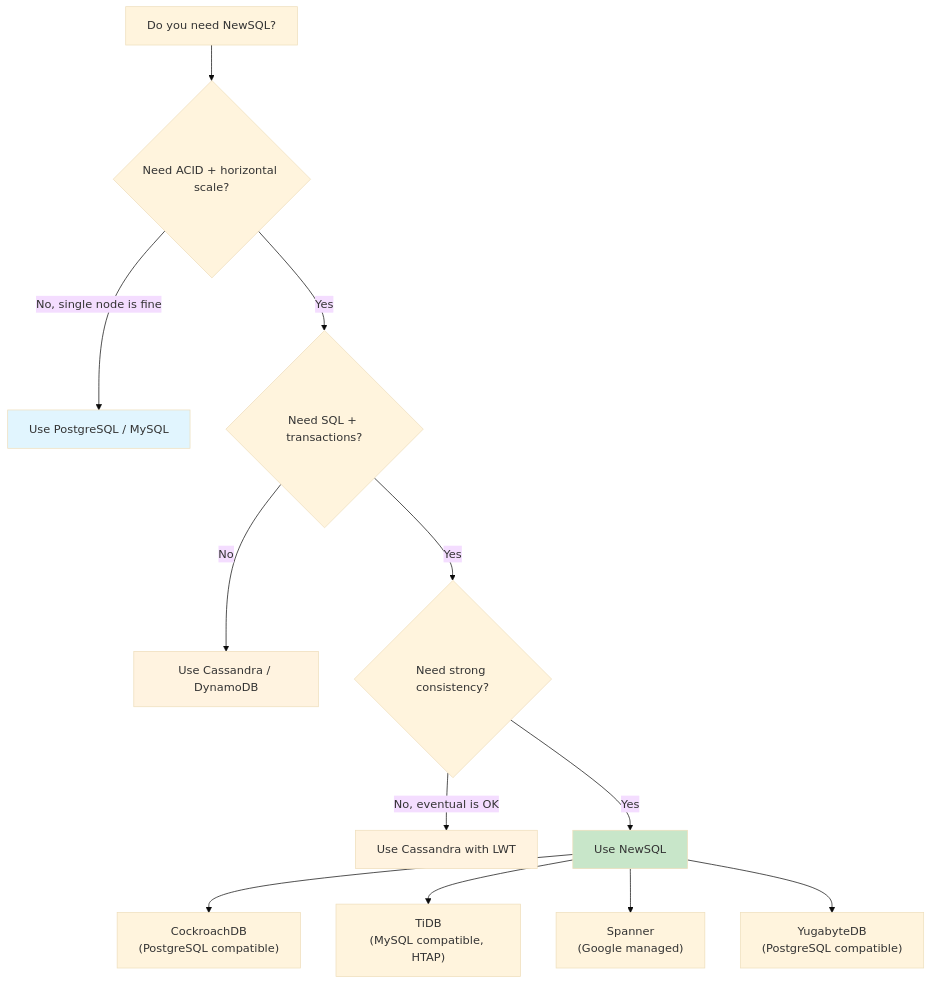
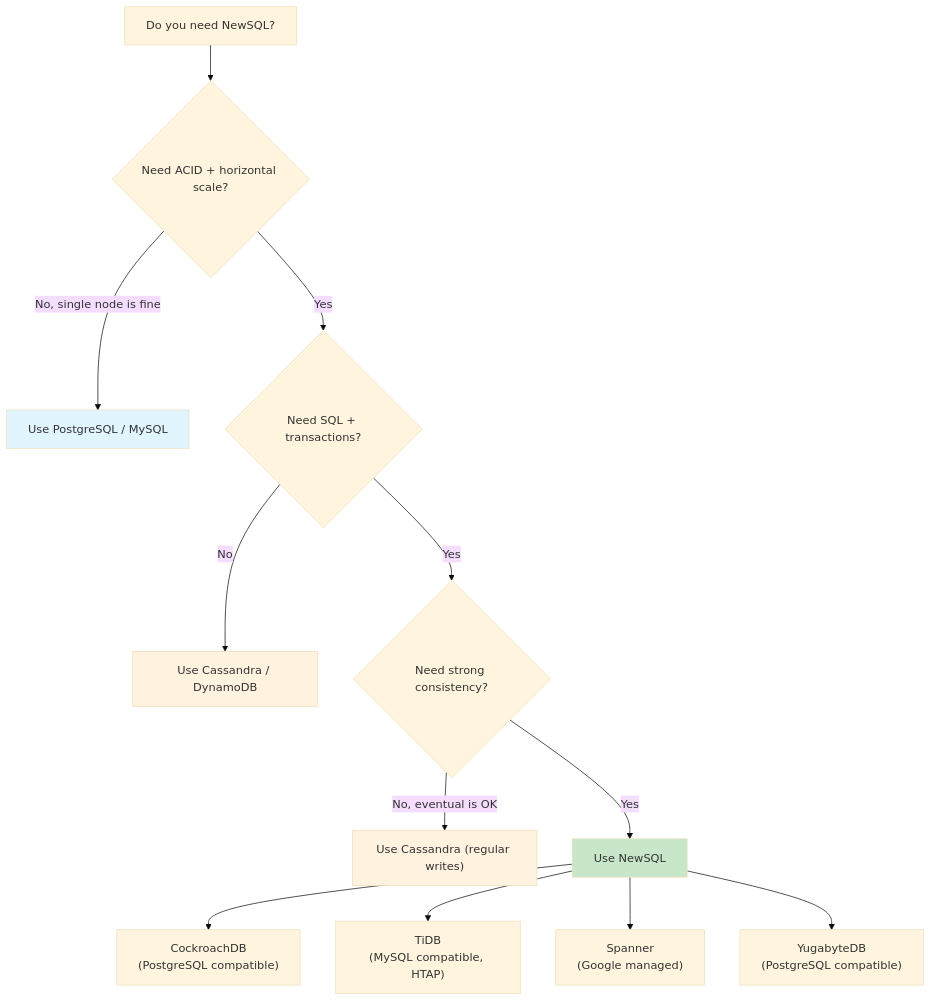
Diagram 15 of 15 in src/dbms/nosql/newsql.md (vanos001/placement_prep), drawn with Mermaid (base theme) before and after one commit. The commit also changed other lines of this file and 153 other files, not shown here.

````diff
--- a/src/dbms/nosql/newsql.md
+++ b/src/dbms/nosql/newsql.md
@@ -413,20 +413,20 @@
 ```mermaid
 flowchart TD
     A["Do you need NewSQL?"] --> B{"Need ACID + horizontal scale?"}
     B -->|No, single node is fine| C["Use PostgreSQL / MySQL"]
     B -->|Yes| D{"Need SQL + transactions?"}
     D -->|No| E["Use Cassandra / DynamoDB"]
     D -->|Yes| F{"Need strong consistency?"}
-    F -->|No, eventual is OK| G["Use Cassandra with LWT"]
+    F -->|No, eventual is OK| G["Use Cassandra (regular writes)"]
     F -->|Yes| H["Use NewSQL"]
 
     H --> I["CockroachDB<br/>(PostgreSQL compatible)"]
     H --> J["TiDB<br/>(MySQL compatible, HTAP)"]
     H --> K["Spanner<br/>(Google managed)"]
     H --> L["YugabyteDB<br/>(PostgreSQL compatible)"]
 
     style C fill:#e1f5fe
     style E fill:#fff3e0
     style G fill:#fff3e0
     style H fill:#c8e6c9
 ```
````
